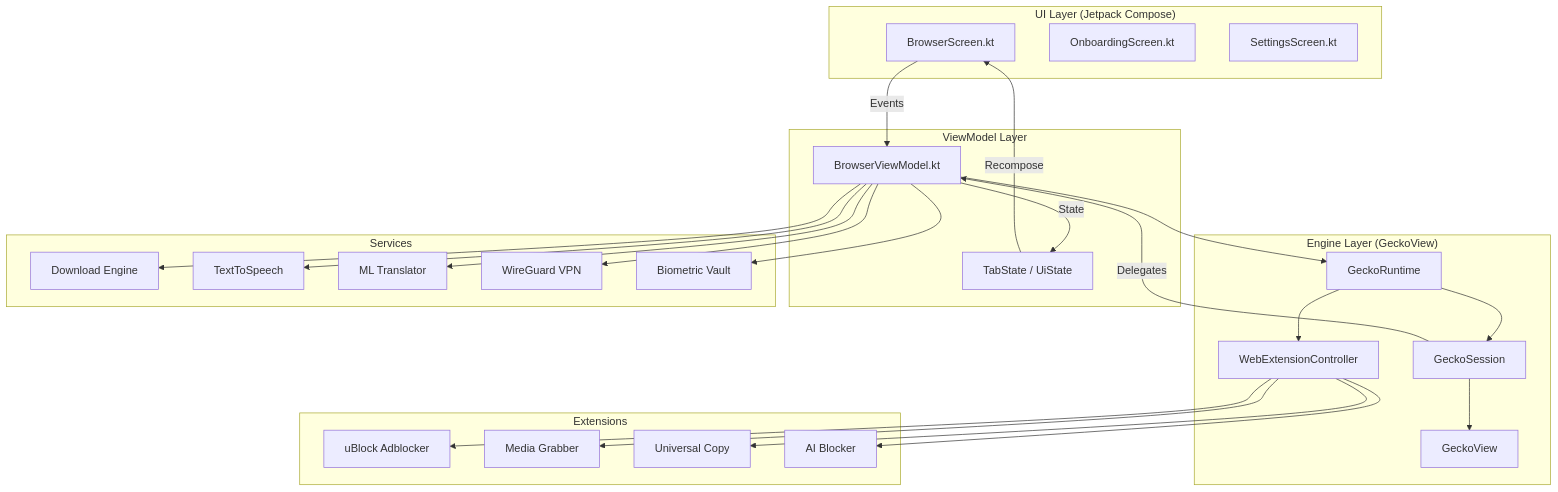
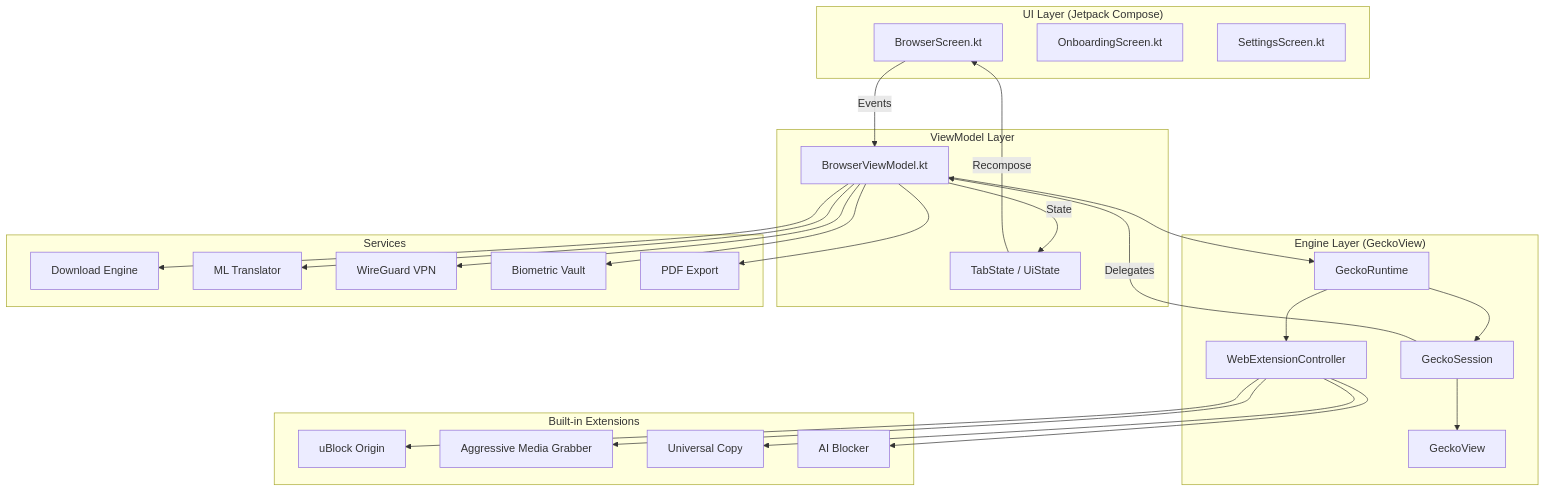
Before and after one commit to REBEL-ROOT/omni-browser: the diagram in README.md, drawn with Mermaid. The commit also changed other lines of this file and 1 other file, not shown here.

````diff
--- a/README.md
+++ b/README.md
@@ -99,46 +117,46 @@
 ```mermaid
 graph TD
     subgraph UI["UI Layer (Jetpack Compose)"]
         BS[BrowserScreen.kt]
         OS[OnboardingScreen.kt]
         SS[SettingsScreen.kt]
     end
 
     subgraph VM["ViewModel Layer"]
         BVM[BrowserViewModel.kt]
         STATE[TabState / UiState]
     end
 
     subgraph Engine["Engine Layer (GeckoView)"]
         GR[GeckoRuntime]
         GS[GeckoSession]
         GV[GeckoView]
         WEC[WebExtensionController]
     end
 
-    subgraph Ext["Extensions"]
-        UB[uBlock Adblocker]
-        MG[Media Grabber]
+    subgraph Ext["Built-in Extensions"]
+        UB[uBlock Origin]
+        MG[Aggressive Media Grabber]
         UC[Universal Copy]
         AIB[AI Blocker]
     end
 
     subgraph Svc["Services"]
         DL[Download Engine]
-        TTS[TextToSpeech]
         TL[ML Translator]
         VPN[WireGuard VPN]
         VAULT[Biometric Vault]
+        PDF[PDF Export]
     end
 
     BS -->|Events| BVM
     BVM -->|State| STATE
     STATE -->|Recompose| BS
     BVM --> GR
     GR --> GS
     GS --> GV
     GR --> WEC
     WEC --> UB & MG & UC & AIB
     GS -->|Delegates| BVM
-    BVM --> DL & TTS & TL & VPN & VAULT
+    BVM --> DL & TL & VPN & VAULT & PDF
 ```
````
